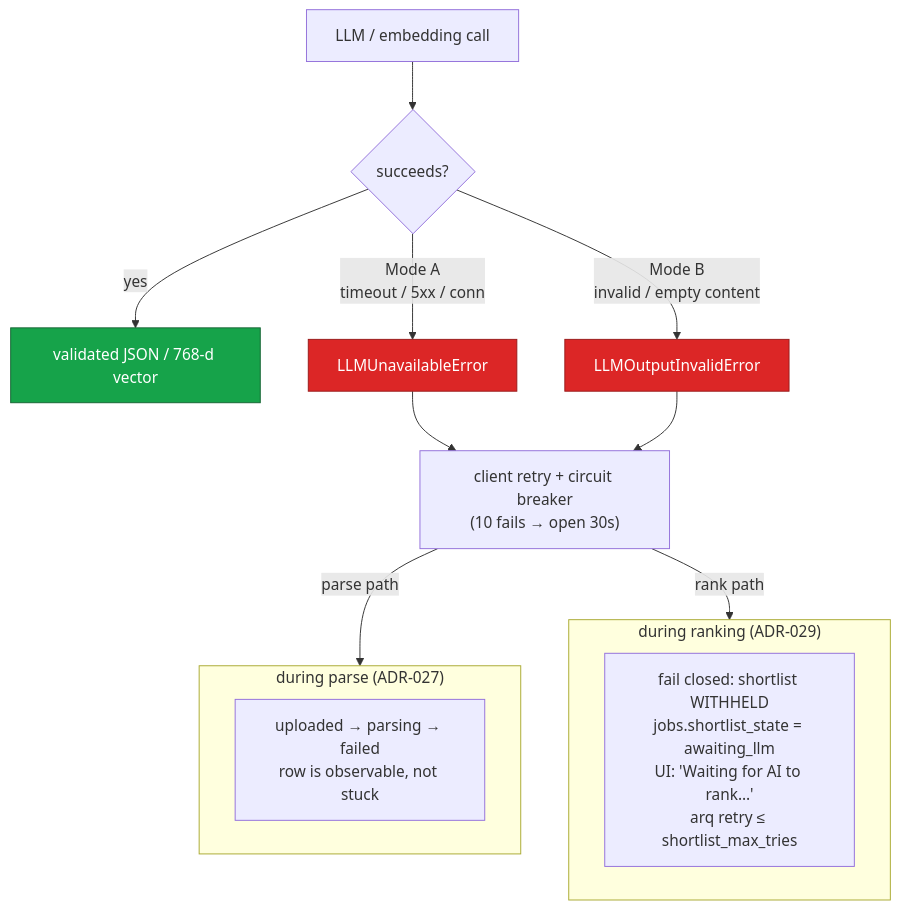
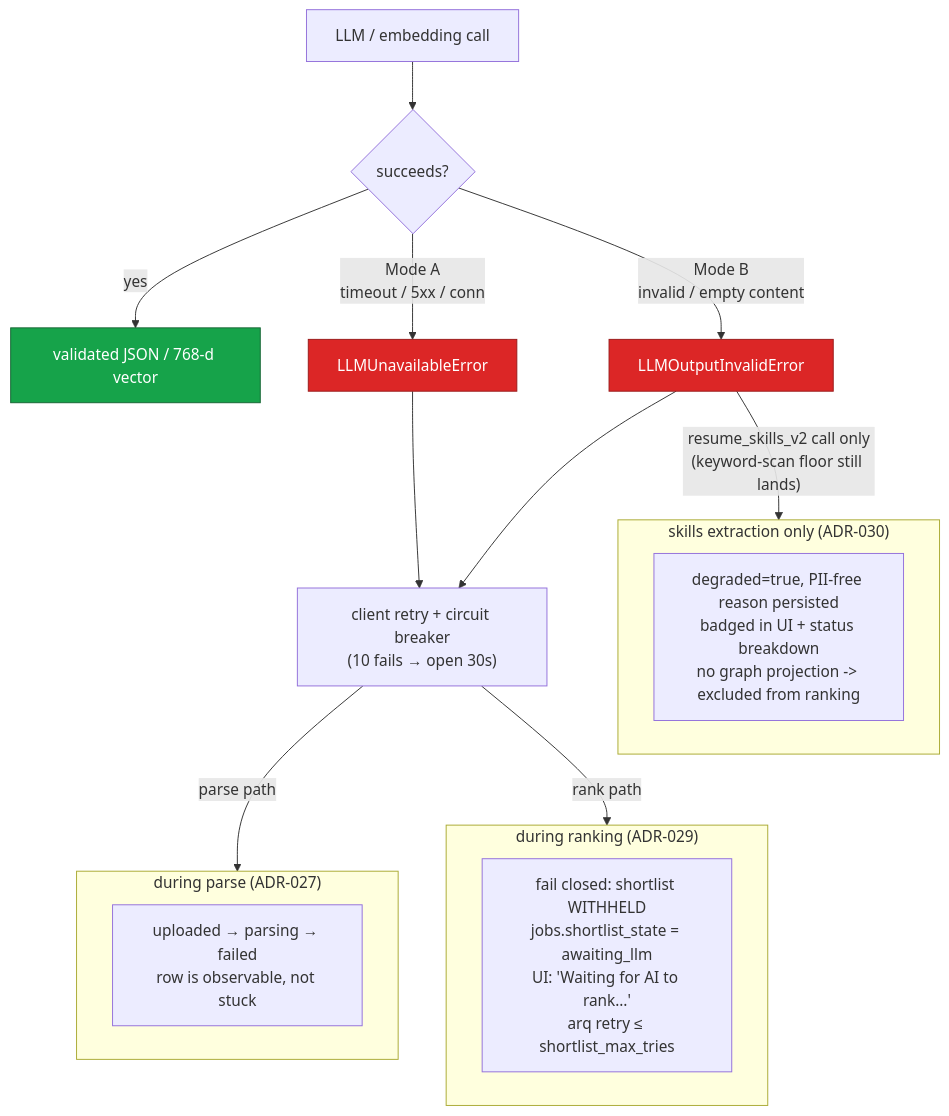
The third of 4 diagrams in docs/ai-usage-overview.md (humanaxiom/recruiter-assistant), drawn with Mermaid before and after one commit. The commit also changed other lines of this file and 21 other files, not shown here.

First line of the commit message:
feat: FU-7 §4 degraded-parse visibility (ADR-030) (#55)

````diff
--- a/docs/ai-usage-overview.md
+++ b/docs/ai-usage-overview.md
@@ -151,24 +151,28 @@
 ```mermaid
 flowchart TB
     CALL["LLM / embedding call"] --> OK{"succeeds?"}
     OK -->|yes| GOOD["validated JSON / 768-d vector"]
     OK -->|"Mode A<br/>timeout / 5xx / conn"| A["LLMUnavailableError"]
     OK -->|"Mode B<br/>invalid / empty content"| B["LLMOutputInvalidError"]
 
     A --> RETRY["client retry + circuit breaker<br/>(10 fails → open 30s)"]
     B --> RETRY
 
     subgraph PARSEF["during parse (ADR-027)"]
         PS["uploaded → parsing → failed<br/>row is observable, not stuck"]
     end
     subgraph RANKF["during ranking (ADR-029)"]
         RS["fail closed: shortlist WITHHELD<br/>jobs.shortlist_state = awaiting_llm<br/>UI: 'Waiting for AI to rank…'<br/>arq retry ≤ shortlist_max_tries"]
     end
+    subgraph DEGF["skills extraction only (ADR-030)"]
+        DG["degraded=true, PII-free reason persisted<br/>badged in UI + status breakdown<br/>no graph projection -> excluded from ranking"]
+    end
     RETRY -->|parse path| PARSEF
     RETRY -->|rank path| RANKF
+    B -->|"resume_skills_v2 call only<br/>(keyword-scan floor still lands)"| DEGF
 
     classDef bad fill:#DC2626,stroke:#991B1B,color:#fff;
     classDef ok fill:#16A34A,stroke:#166534,color:#fff;
     class A,B bad;
     class GOOD ok;
 ```
````
